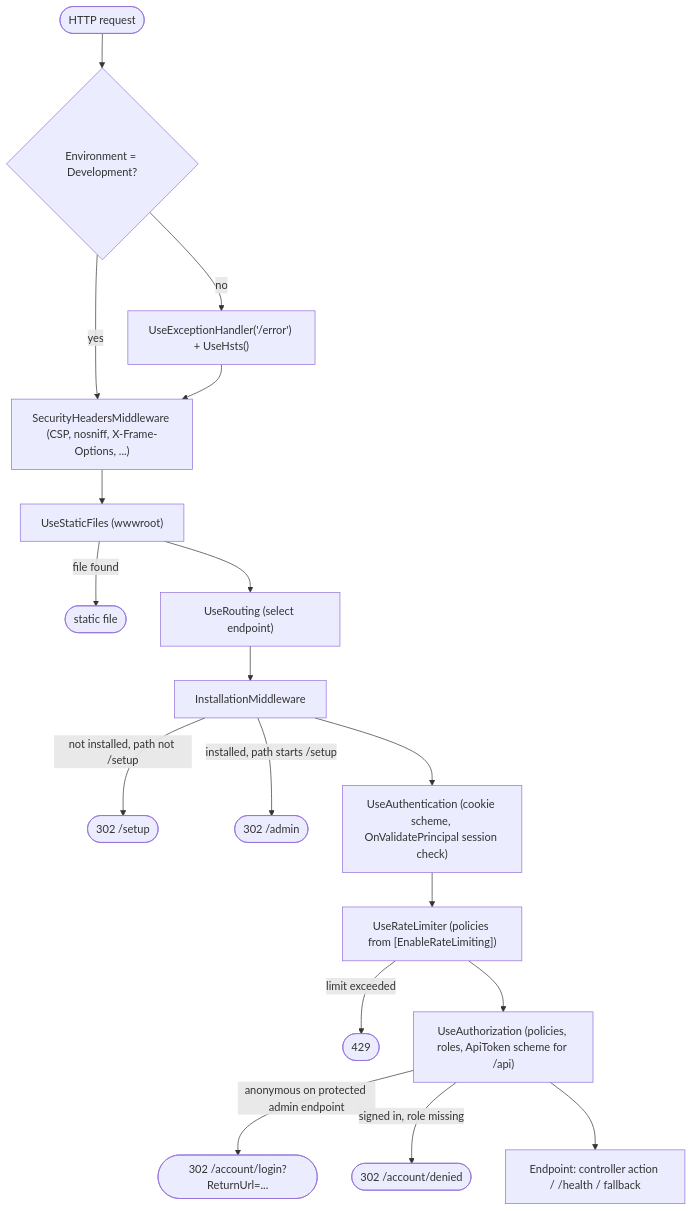
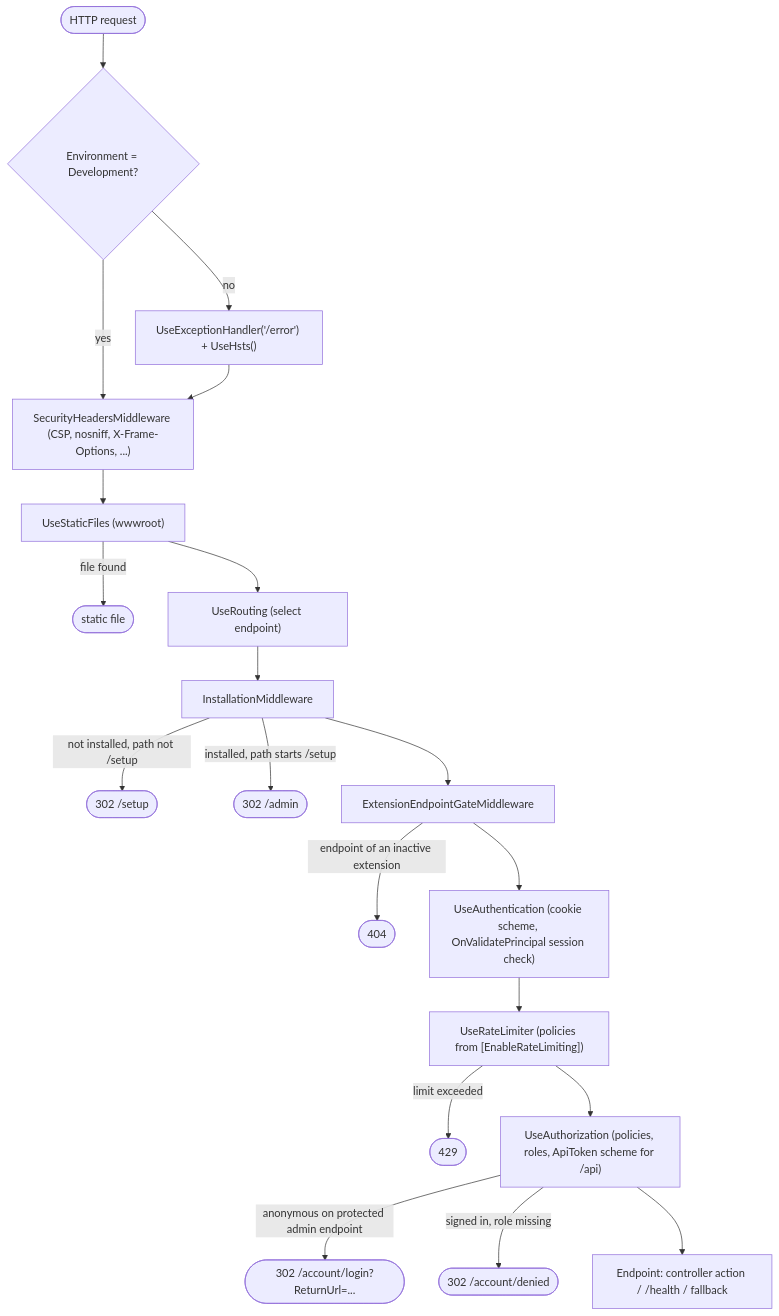
One commit to Albadit/DotNetForge changed the second of 12 diagrams in .docs/architecture/data-flow.md. Above: the diagram before and after it, drawn with Mermaid. The commit also changed other lines of this file and 454 other files, not shown here.

````diff
--- a/.docs/architecture/data-flow.md
+++ b/.docs/architecture/data-flow.md
@@ -54,20 +59,22 @@
 ```mermaid
 flowchart TD
     Req([HTTP request]) --> Dev{"Environment = Development?"}
     Dev -- no --> EH["UseExceptionHandler('/error') + UseHsts()"]
     Dev -- yes --> SH
     EH --> SH["SecurityHeadersMiddleware (CSP, nosniff, X-Frame-Options, ...)"]
     SH --> SF["UseStaticFiles (wwwroot)"]
     SF -- "file found" --> Done([static file])
     SF --> R["UseRouting (select endpoint)"]
     R --> IM["InstallationMiddleware"]
     IM -- "not installed, path not /setup" --> S302([302 /setup])
     IM -- "installed, path starts /setup" --> A302([302 /admin])
-    IM --> AuthN["UseAuthentication (cookie scheme, OnValidatePrincipal session check)"]
+    IM --> GATE["ExtensionEndpointGateMiddleware"]
+    GATE -- "endpoint of an inactive extension" --> G404([404])
+    GATE --> AuthN["UseAuthentication (cookie scheme, OnValidatePrincipal session check)"]
     AuthN --> RL["UseRateLimiter (policies from [EnableRateLimiting])"]
     RL -- "limit exceeded" --> T429([429])
     RL --> AuthZ["UseAuthorization (policies, roles, ApiToken scheme for /api)"]
     AuthZ -- "anonymous on protected admin endpoint" --> Login(["302 /account/login?ReturnUrl=..."])
     AuthZ -- "signed in, role missing" --> Denied([302 /account/denied])
     AuthZ --> EP["Endpoint: controller action / /health / fallback"]
 ```
````
